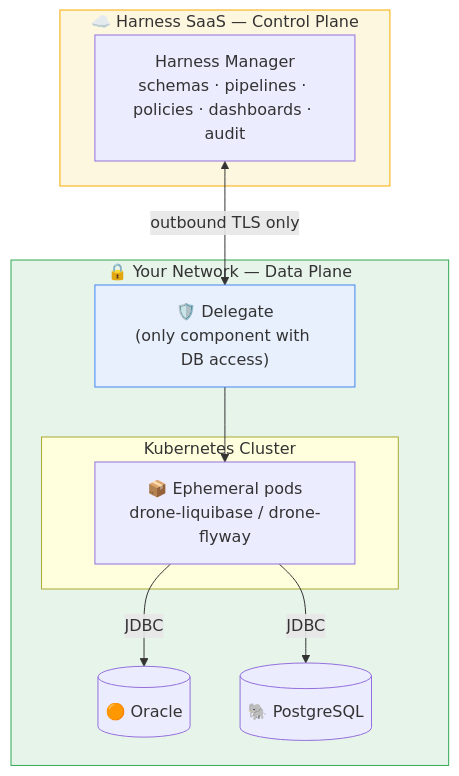
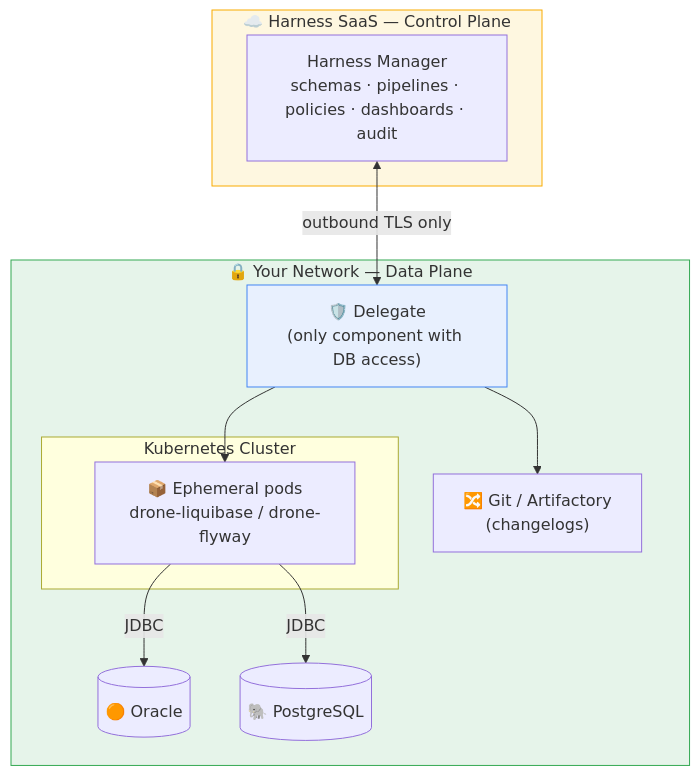
The third of 6 diagrams in DBDevops.md (prameetu20codes/HarnessCICD), drawn with Mermaid before and after one commit. The commit also changed other lines of this file, not shown here.

````diff
--- a/DBDevops.md
+++ b/DBDevops.md
@@ -140,24 +186,26 @@
 ```mermaid
 flowchart TB
     subgraph SaaS["☁️ Harness SaaS — Control Plane"]
         M["Harness Manager<br/>schemas · pipelines · policies · dashboards · audit"]
     end
 
     subgraph Net["🔒 Your Network — Data Plane"]
         DEL["🛡️ Delegate<br/>(only component with DB access)"]
         subgraph K8S["Kubernetes Cluster"]
             POD["📦 Ephemeral pods<br/>drone-liquibase / drone-flyway"]
         end
+        GIT["🔀 Git / Artifactory<br/>(changelogs)"]
         ORA[("🟠 Oracle")]
         PG[("🐘 PostgreSQL")]
     end
 
     M <-->|outbound TLS only| DEL
     DEL --> POD
+    DEL --> GIT
     POD -->|JDBC| ORA
     POD -->|JDBC| PG
 
     style SaaS fill:#fef7e0,stroke:#f9ab00
     style Net fill:#e6f4ea,stroke:#34a853
     style DEL fill:#e8f0fe,stroke:#4285f4
 ```
````
